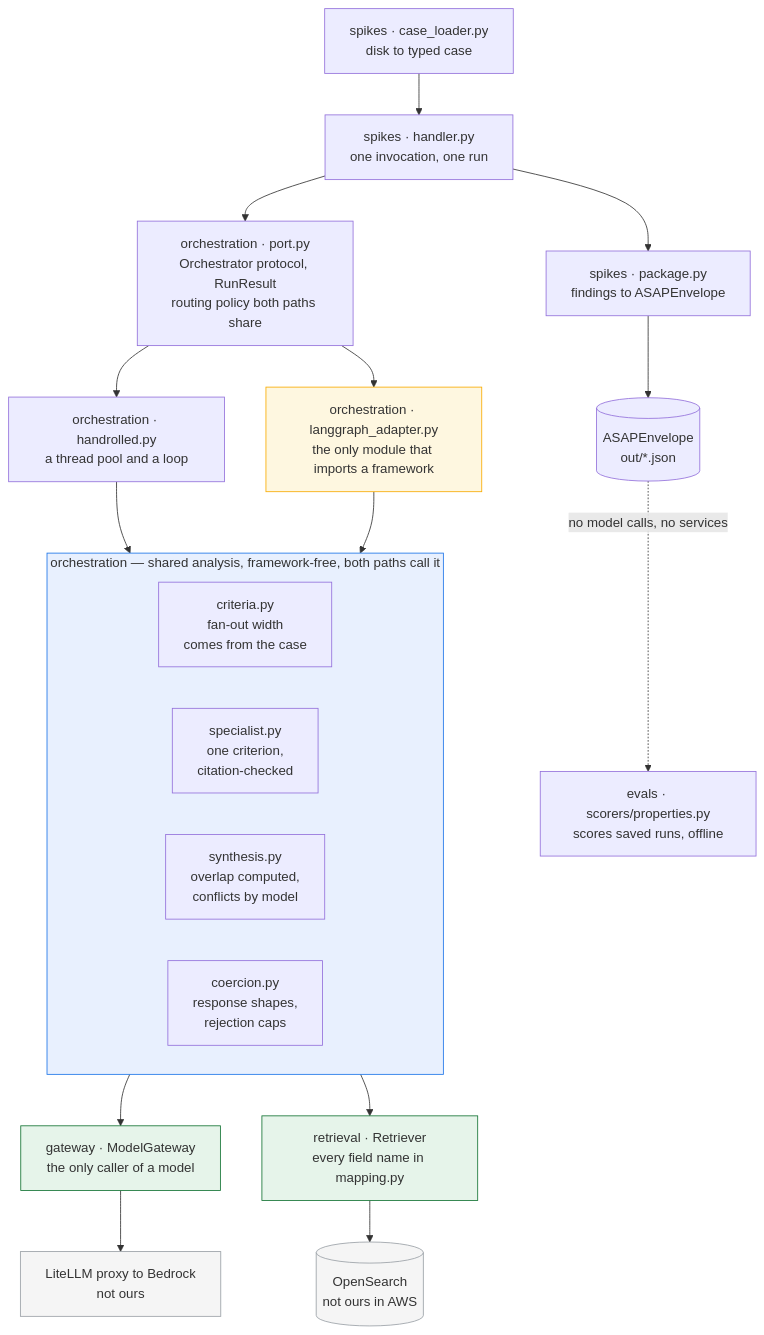
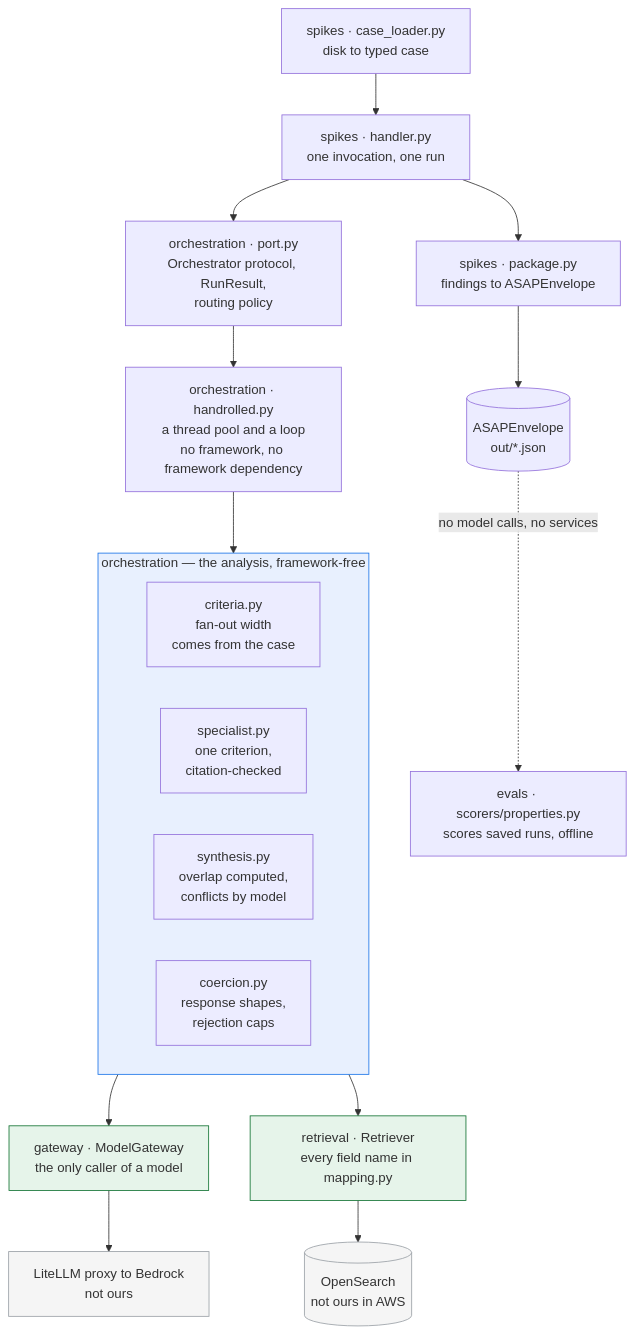
Before and after one commit to Amivero-LLC/asap-ireports-poc: the third of 4 diagrams in docs/ARCHITECTURE.md, drawn with Mermaid. The commit also changed other lines of this file and 25 other files, not shown here.

````diff
--- a/docs/ARCHITECTURE.md
+++ b/docs/ARCHITECTURE.md
@@ -133,46 +133,42 @@
 ```mermaid
 flowchart TB
     LOAD["spikes · case_loader.py<br/>disk to typed case"]
     HAND["spikes · handler.py<br/>one invocation, one run"]
     PACK["spikes · package.py<br/>findings to ASAPEnvelope"]
 
-    PORT["orchestration · port.py<br/>Orchestrator protocol, RunResult<br/>routing policy both paths share"]
-    HR["orchestration · handrolled.py<br/>a thread pool and a loop"]
-    LG["orchestration · langgraph_adapter.py<br/>the only module that imports a framework"]
+    PORT["orchestration · port.py<br/>Orchestrator protocol, RunResult,<br/>routing policy"]
+    HR["orchestration · handrolled.py<br/>a thread pool and a loop<br/>no framework, no framework dependency"]
 
-    subgraph ANALYSIS["orchestration — shared analysis, framework-free, both paths call it"]
+    subgraph ANALYSIS["orchestration — the analysis, framework-free"]
         direction LR
         CRIT["criteria.py<br/>fan-out width<br/>comes from the case"]
         SPEC["specialist.py<br/>one criterion,<br/>citation-checked"]
         SYN["synthesis.py<br/>overlap computed,<br/>conflicts by model"]
         COER["coercion.py<br/>response shapes,<br/>rejection caps"]
     end
 
     GW["gateway · ModelGateway<br/>the only caller of a model"]
     RETR["retrieval · Retriever<br/>every field name in mapping.py"]
     PROXY["LiteLLM proxy to Bedrock<br/>not ours"]
     OS[("OpenSearch<br/>not ours in AWS")]
     ENV[("ASAPEnvelope<br/>out/*.json")]
     EVAL["evals · scorers/properties.py<br/>scores saved runs, offline"]
 
     LOAD --> HAND
     HAND --> PORT
     PORT --> HR
-    PORT --> LG
     HR --> ANALYSIS
-    LG --> ANALYSIS
     ANALYSIS --> GW
     ANALYSIS --> RETR
     GW --> PROXY
     RETR --> OS
     HAND --> PACK
     PACK --> ENV
     ENV -.->|no model calls, no services| EVAL
 
     style ANALYSIS fill:#e8f0fe,stroke:#1a73e8
     style GW fill:#e6f4ea,stroke:#137333
     style RETR fill:#e6f4ea,stroke:#137333
-    style LG fill:#fef7e0,stroke:#f9ab00
     style PROXY fill:#f5f5f5,stroke:#9aa0a6
     style OS fill:#f5f5f5,stroke:#9aa0a6
 ```
````
